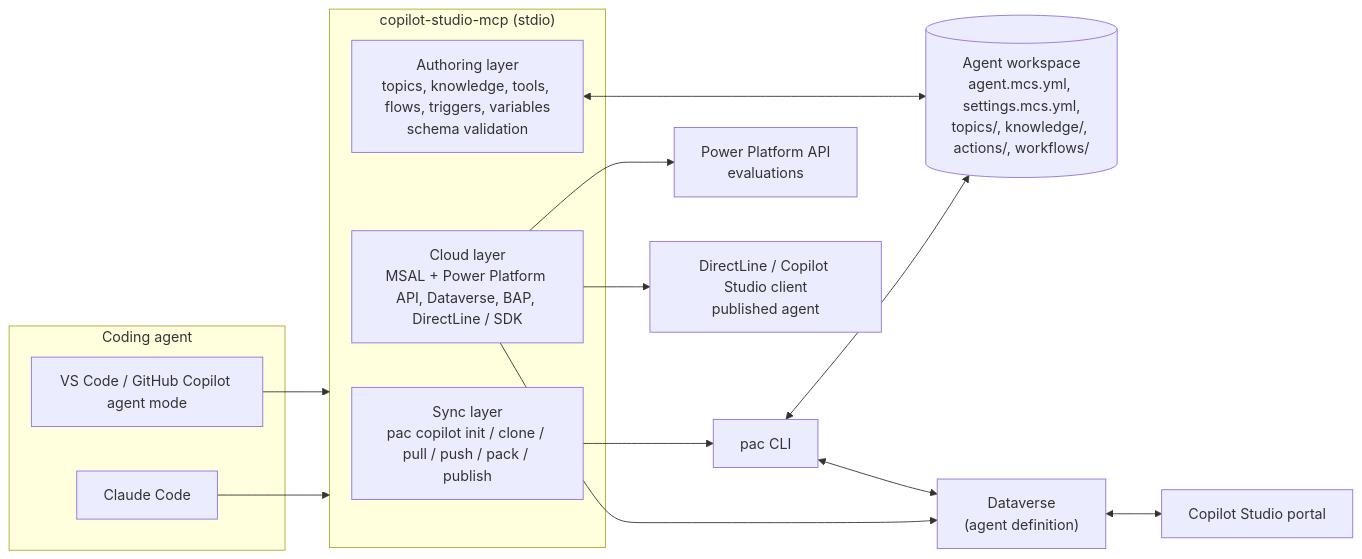
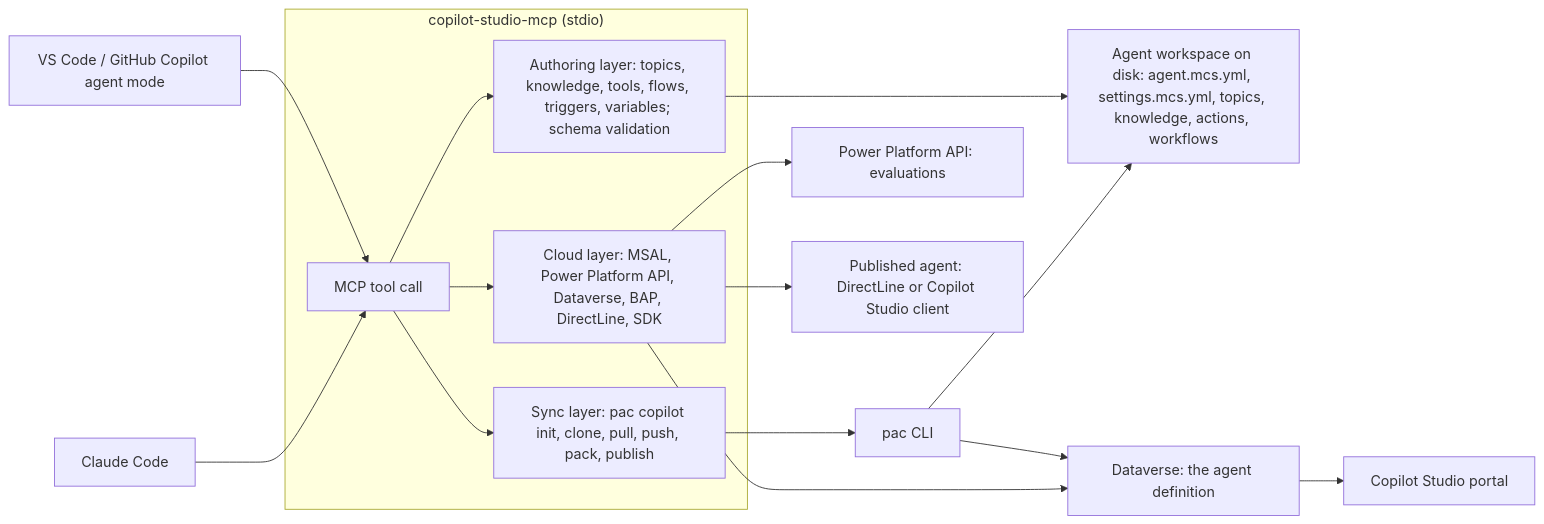
One commit to jgt87/copilot-studio-mcp changed the first of 9 diagrams in docs/flows.md. Above: the diagram before and after it, drawn with Mermaid. The commit also changed other lines of this file and 3 other files, not shown here.

First line of the commit message:
Docs: map each flow step to its Copilot Studio action; GitHub-safe Mermaid; restore portable repowise entry

````diff
--- a/docs/flows.md
+++ b/docs/flows.md
@@ -8,29 +8,18 @@
 ```mermaid
 flowchart LR
-    subgraph Client["Coding agent"]
-        VS["VS Code / GitHub Copilot agent mode"]
-        CC["Claude Code"]
+    VS["VS Code / GitHub Copilot agent mode"] --> TOOLS
+    CC["Claude Code"] --> TOOLS
+    subgraph SERVER["copilot-studio-mcp (stdio)"]
+        TOOLS["MCP tool call"] --> SYNC["Sync layer: pac copilot init, clone, pull, push, pack, publish"]
+        TOOLS --> AUTH["Authoring layer: topics, knowledge, tools, flows, triggers, variables; schema validation"]
+        TOOLS --> CLOUD["Cloud layer: MSAL, Power Platform API, Dataverse, BAP, DirectLine, SDK"]
     end
-    subgraph MCP["copilot-studio-mcp (stdio)"]
-        SYNC["Sync layer<br/>pac copilot init / clone / pull / push / pack / publish"]
-        AUTH["Authoring layer<br/>topics, knowledge, tools, flows, triggers, variables<br/>schema validation"]
-        CLOUD["Cloud layer<br/>MSAL + Power Platform API, Dataverse, BAP, DirectLine / SDK"]
-    end
-    WS[("Agent workspace<br/>agent.mcs.yml, settings.mcs.yml,<br/>topics/, knowledge/, actions/, workflows/")]
-    PAC["pac CLI"]
-    DV["Dataverse<br/>(agent definition)"]
-    CS["Copilot Studio portal"]
-    PPAPI["Power Platform API<br/>evaluations"]
-    DL["DirectLine / Copilot Studio client<br/>published agent"]
-
-    VS --> MCP
-    CC --> MCP
-    AUTH <--> WS
-    SYNC --> PAC
-    PAC <--> WS
-    PAC <--> DV
-    DV <--> CS
-    CLOUD --> PPAPI
+    AUTH --> WS["Agent workspace on disk: agent.mcs.yml, settings.mcs.yml, topics, knowledge, actions, workflows"]
+    SYNC --> PAC["pac CLI"]
+    PAC --> WS
+    PAC --> DV["Dataverse: the agent definition"]
+    DV --> CS["Copilot Studio portal"]
+    CLOUD --> PPAPI["Power Platform API: evaluations"]
     CLOUD --> DV
-    CLOUD --> DL
+    CLOUD --> DL["Published agent: DirectLine or Copilot Studio client"]
 ```
````
